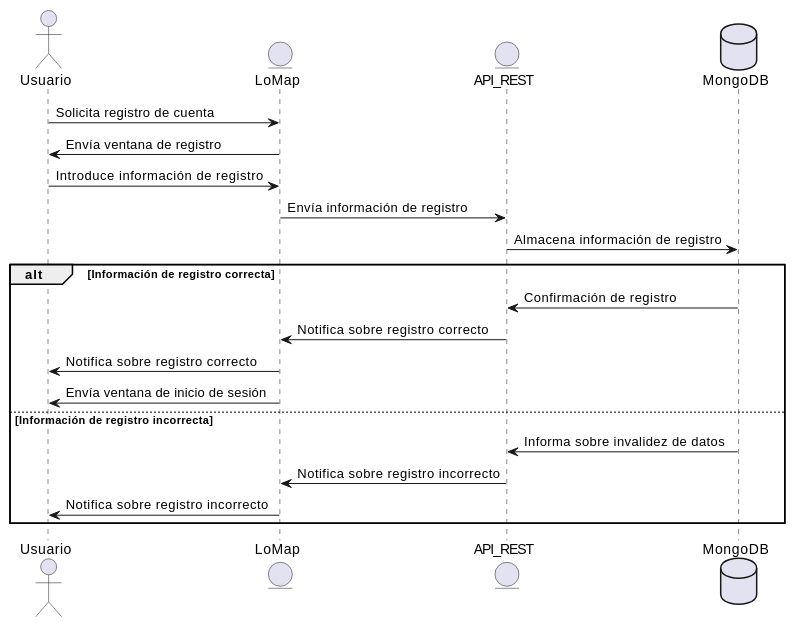
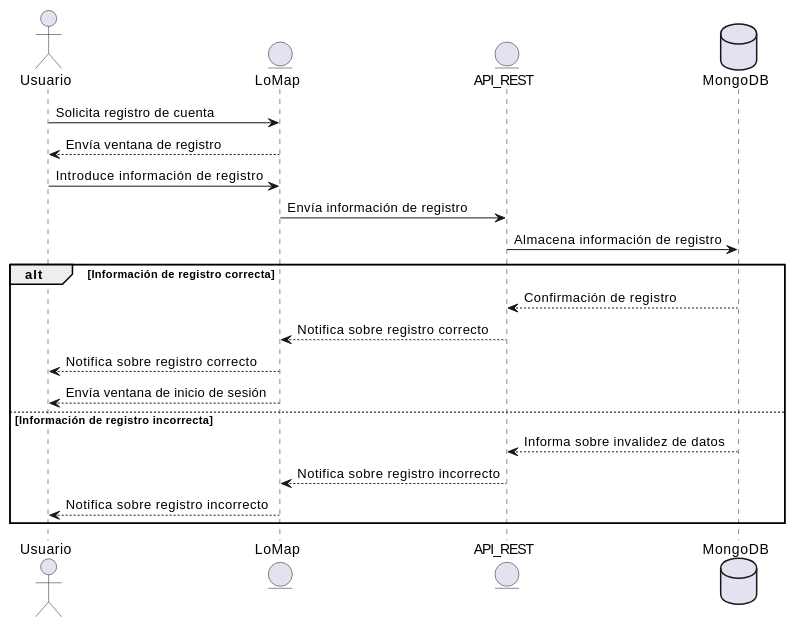
Before and after one commit to Arquisoft/lomap_es3c: the first of 9 diagrams in docs/06_runtime_view.adoc, drawn with PlantUML. The commit also changed other lines of this file, not shown here.

```diff
--- a/docs/06_runtime_view.adoc
+++ b/docs/06_runtime_view.adoc
@@ -34,22 +34,22 @@
 [plantuml,"Sequence diagram1",png]
 ----
 actor Usuario
 entity LoMap
 Usuario -> LoMap: Solicita registro de cuenta
 entity API_REST
 database MongoDB as "MongoDB"
-LoMap-> Usuario: Envía ventana de registro
+LoMap--> Usuario: Envía ventana de registro
 Usuario -> LoMap: Introduce información de registro
 LoMap -> API_REST: Envía información de registro
 API_REST -> MongoDB: Almacena información de registro
 alt Información de registro correcta
-MongoDB-> API_REST : Confirmación de registro
-API_REST -> LoMap: Notifica sobre registro correcto
-LoMap-> Usuario: Notifica sobre registro correcto
-LoMap-> Usuario: Envía ventana de inicio de sesión
+MongoDB--> API_REST : Confirmación de registro
+API_REST--> LoMap: Notifica sobre registro correcto
+LoMap--> Usuario: Notifica sobre registro correcto
+LoMap--> Usuario: Envía ventana de inicio de sesión
 else Información de registro incorrecta
-MongoDB-> API_REST: Informa sobre invalidez de datos
-API_REST -> LoMap: Notifica sobre registro incorrecto
-LoMap-> Usuario: Notifica sobre registro incorrecto
+MongoDB--> API_REST: Informa sobre invalidez de datos
+API_REST--> LoMap: Notifica sobre registro incorrecto
+LoMap--> Usuario: Notifica sobre registro incorrecto
 end
 ----
```
